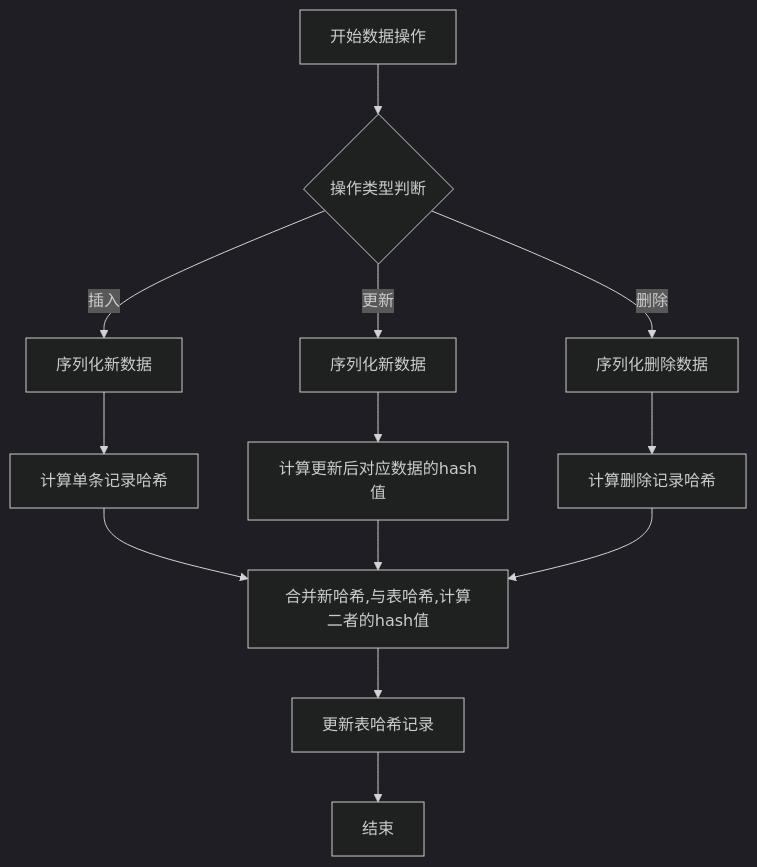
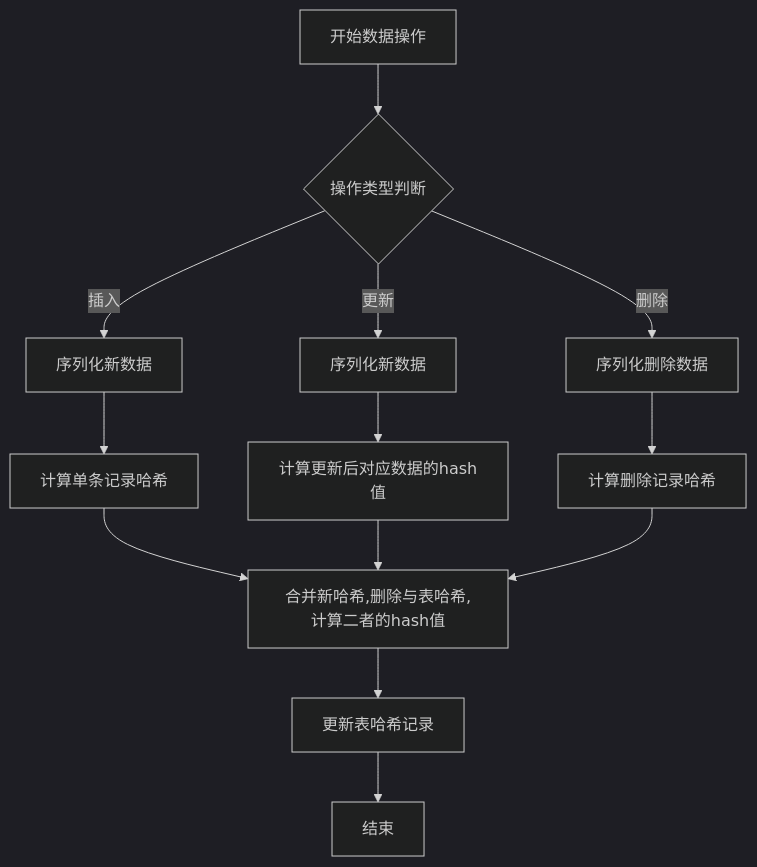
The diagram in all/未命名-63.md (yingjianzh/iodraw-files), drawn with Mermaid (dark theme) before and after one commit.

Commit message:
2025-05-19 15:03:12 update

````diff
--- a/all/未命名-63.md
+++ b/all/未命名-63.md
@@ -1,19 +1,19 @@
 ```mermaid
 flowchart TD
     A[开始数据操作] --> B{操作类型判断}
     B -->|插入| C[序列化新数据]
     B -->|更新| D[序列化新数据]
     B -->|删除| E[序列化删除数据]
     
     C --> F[计算单条记录哈希]
     D --> G[计算更新后对应数据的hash值]
     E --> H[计算删除记录哈希]
     
-    F --> I[合并新哈希,与表哈希,计算二者的hash值]
+    F --> I[合并新哈希,删除与表哈希,计算二者的hash值]
     G --> I
     H --> I
     
     I --> L[更新表哈希记录]
     
     L --> M[结束]
 ```
````
